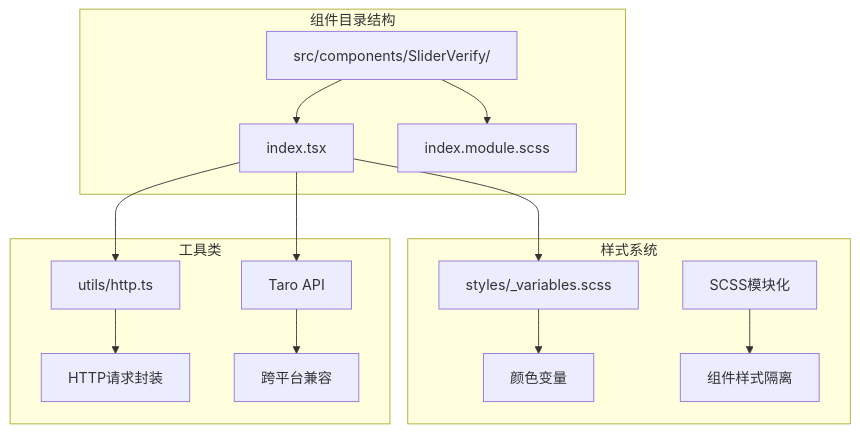
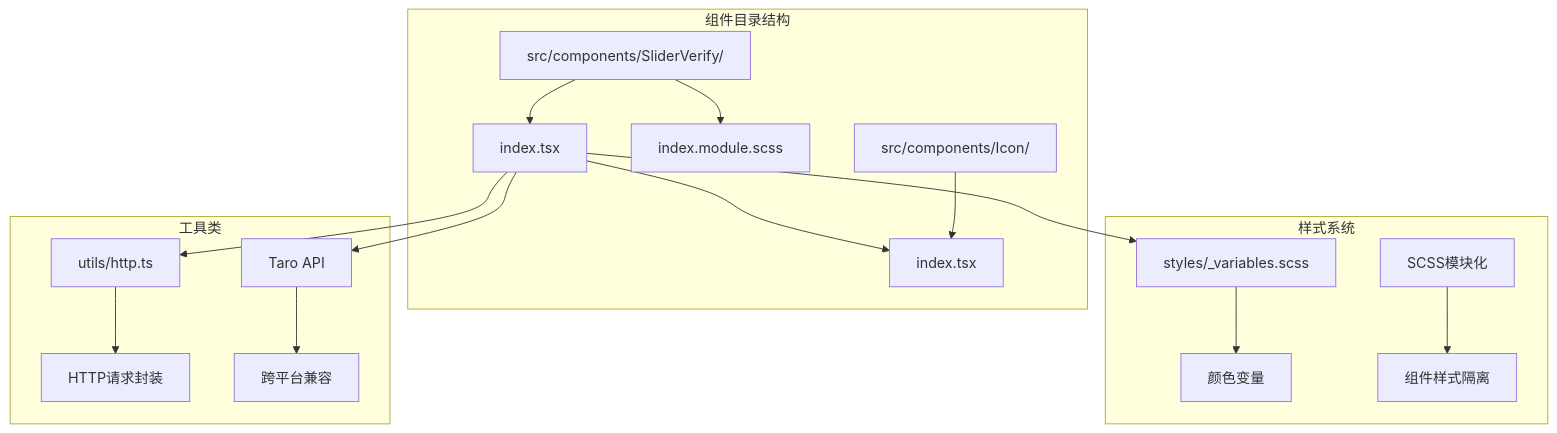
Before and after one commit to zuolinbao/redbook: the first of 13 diagrams in .qoder/repowiki/zh/content/UI组件库/滑动验证码组件.md, drawn with Mermaid. The commit also changed other lines of this file and 7 other files, not shown here.

````diff
--- a/.qoder/repowiki/zh/content/UI组件库/滑动验证码组件.md
+++ b/.qoder/repowiki/zh/content/UI组件库/滑动验证码组件.md
@@ -30,18 +40,20 @@
 ```mermaid
 graph TB
 subgraph "组件目录结构"
 A[src/components/SliderVerify/] --> B[index.tsx]
 A --> C[index.module.scss]
+D[src/components/Icon/] --> E[index.tsx]
 end
 subgraph "样式系统"
-D[styles/_variables.scss] --> E[颜色变量]
-F[SCSS模块化] --> G[组件样式隔离]
+F[styles/_variables.scss] --> G[颜色变量]
+H[SCSS模块化] --> I[组件样式隔离]
 end
 subgraph "工具类"
-H[utils/http.ts] --> I[HTTP请求封装]
-J[Taro API] --> K[跨平台兼容]
+J[utils/http.ts] --> K[HTTP请求封装]
+L[Taro API] --> M[跨平台兼容]
 end
-B --> D
-B --> H
+B --> F
 B --> J
+B --> L
+B --> E
 ```
````
